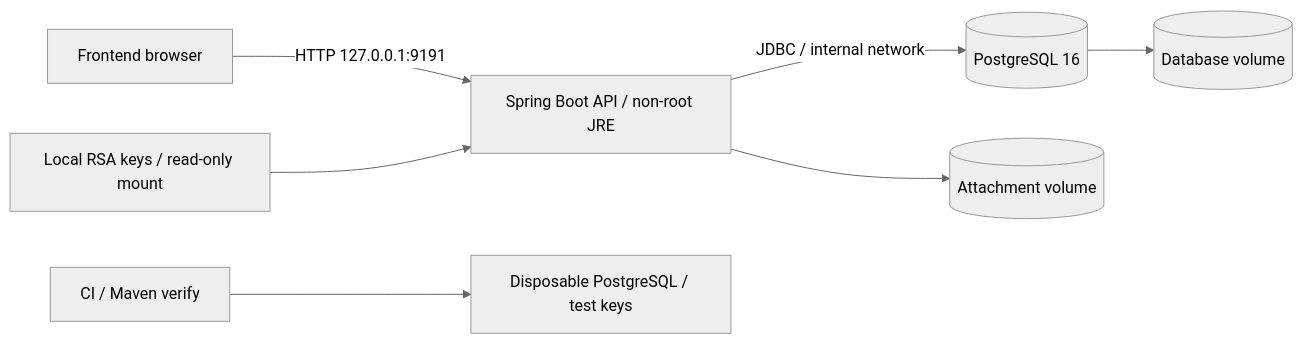
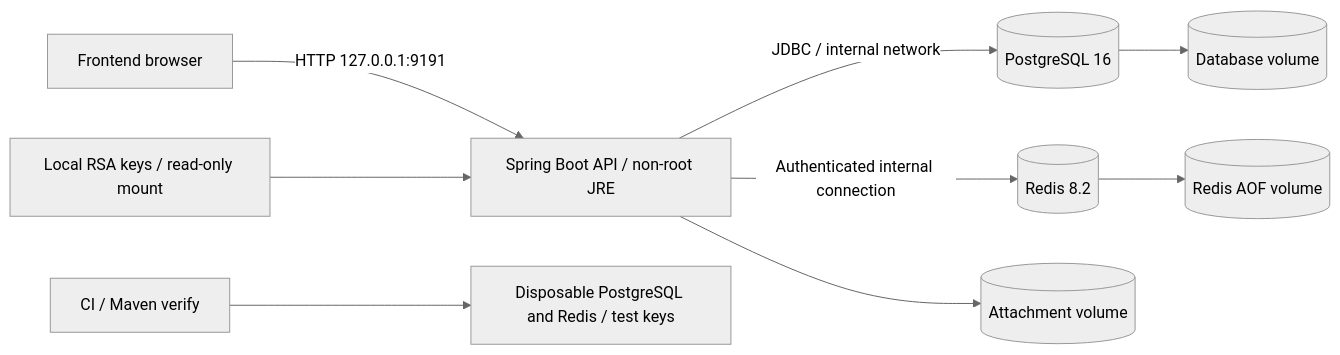
Before and after one commit to Code-EJ/irr-backend: the first of 2 diagrams in docs/architecture/readme.md, drawn with Mermaid (neutral theme). The commit also changed other lines of this file and 10 other files, not shown here.

Commit message:
docs(architecture): record organization ownership Redis and verified operations

```diff
--- a/docs/architecture/readme.md
+++ b/docs/architecture/readme.md
@@ -9,9 +9,11 @@
 ~~~mermaid
 flowchart LR
     Browser[Frontend browser] -->|HTTP 127.0.0.1:9191| API[Spring Boot API / non-root JRE]
     API -->|JDBC / internal network| DB[(PostgreSQL 16)]
     DB --> Data[(Database volume)]
+    API -->|Authenticated internal connection| Redis[(Redis 8.2)]
+    Redis --> RedisData[(Redis AOF volume)]
     API --> Uploads[(Attachment volume)]
     Keys[Local RSA keys / read-only mount] --> API
-    CI[CI / Maven verify] --> Tests[Disposable PostgreSQL / test keys]
+    CI[CI / Maven verify] --> Tests[Disposable PostgreSQL and Redis / test keys]
 ~~~
```
